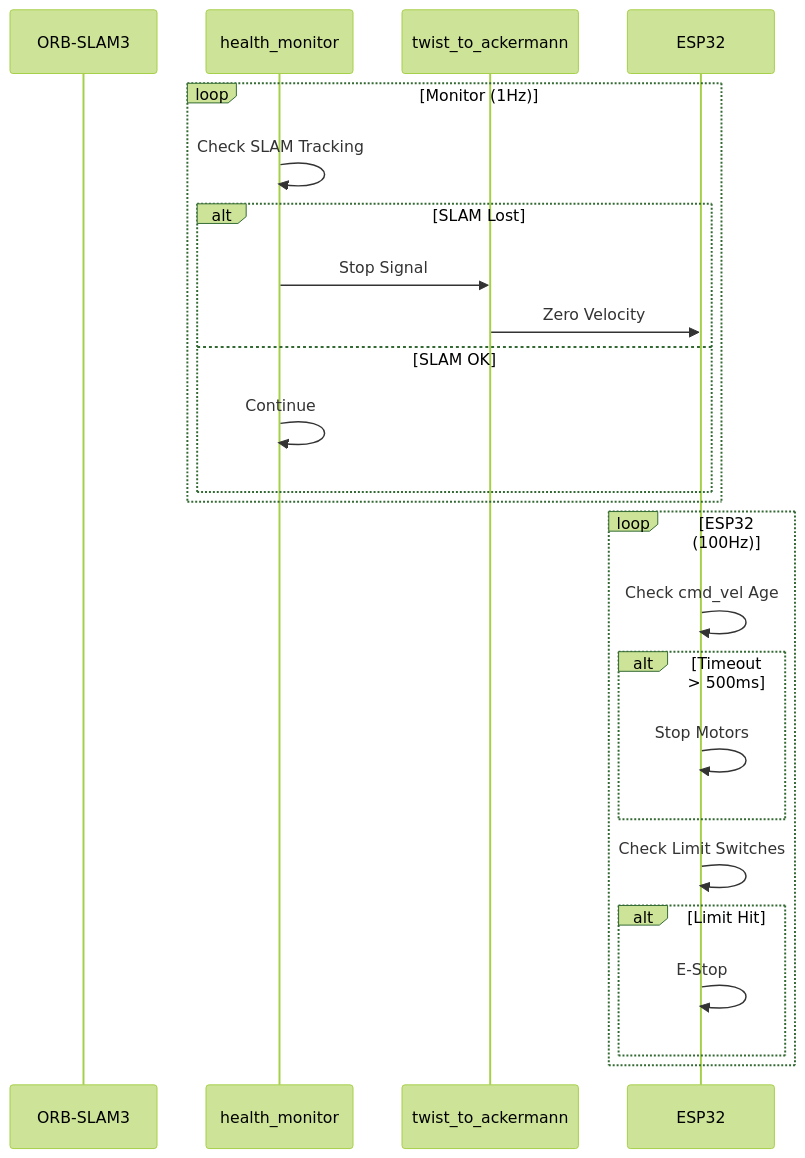
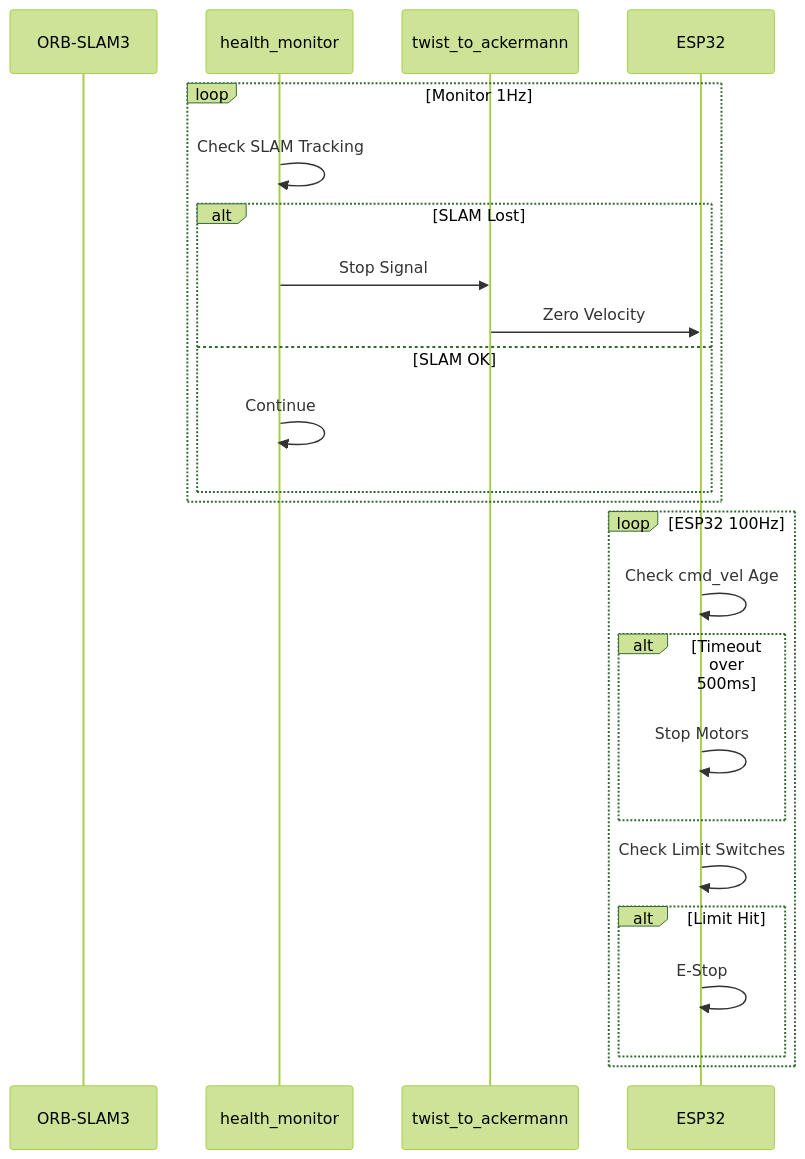
One commit to KashmeeraTT/Ackerman_UGV changed the ninth of 13 diagrams in SYSTEM_DOCUMENTATION.md. Above: the diagram before and after it, drawn with Mermaid (forest theme). The commit also changed other lines of this file, not shown here.

Commit message:
docs: Simplify mermaid diagram labels, subgraph titles, and minor text for improved readability.

````diff
--- a/SYSTEM_DOCUMENTATION.md
+++ b/SYSTEM_DOCUMENTATION.md
@@ -435,28 +434,28 @@
 ```mermaid
 sequenceDiagram
     participant ORB as ORB-SLAM3
     participant HM as health_monitor
     participant Ack as twist_to_ackermann
     participant ESP as ESP32
     
-    loop Monitor (1Hz)
+    loop Monitor 1Hz
         HM->>HM: Check SLAM Tracking
         alt SLAM Lost
             HM->>Ack: Stop Signal
             Ack->>ESP: Zero Velocity
         else SLAM OK
             HM->>HM: Continue
         end
     end
     
-    loop ESP32 (100Hz)
+    loop ESP32 100Hz
         ESP->>ESP: Check cmd_vel Age
-        alt Timeout > 500ms
+        alt Timeout over 500ms
             ESP->>ESP: Stop Motors
         end
         ESP->>ESP: Check Limit Switches
         alt Limit Hit
             ESP->>ESP: E-Stop
         end
     end
 ```
````
